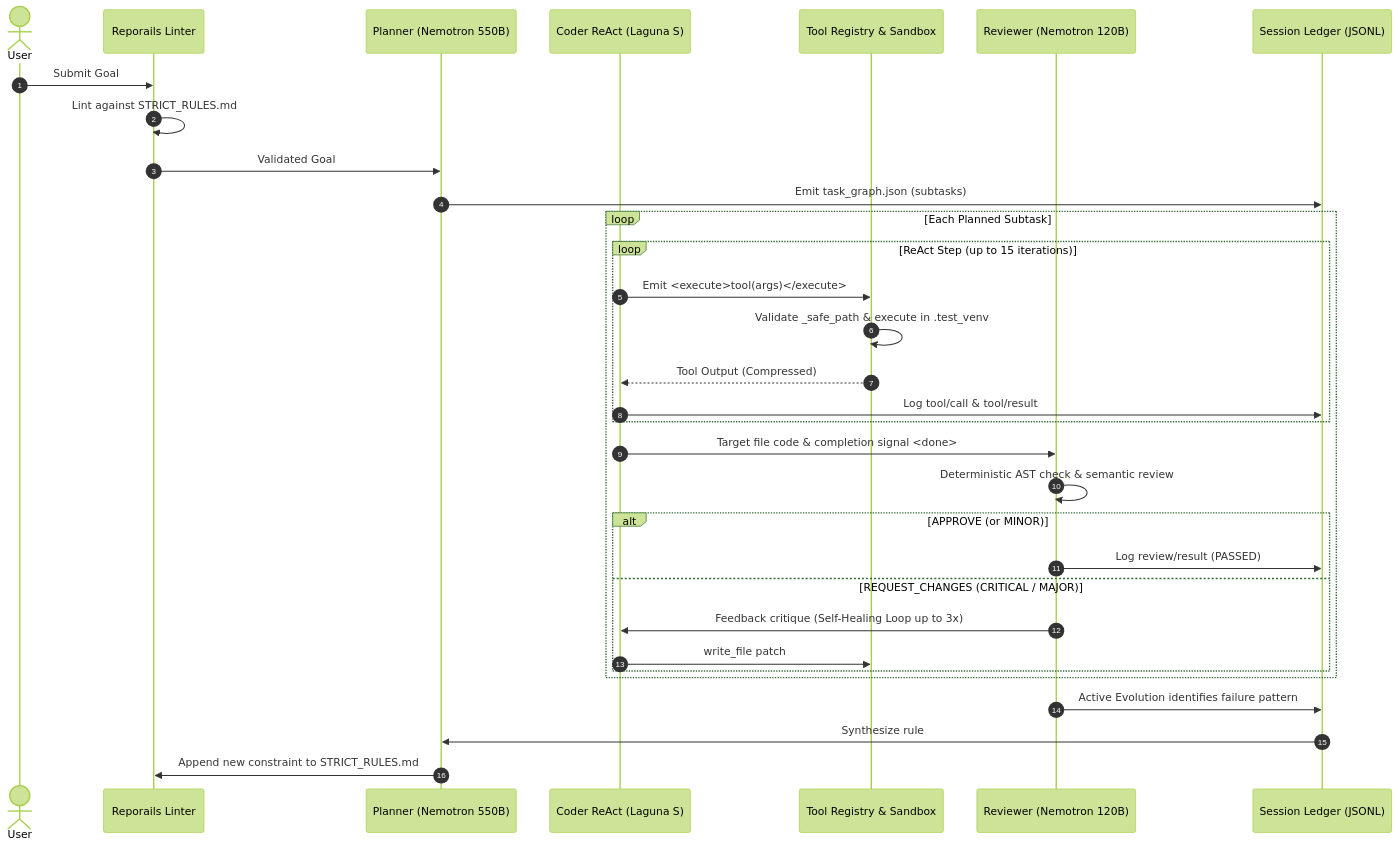
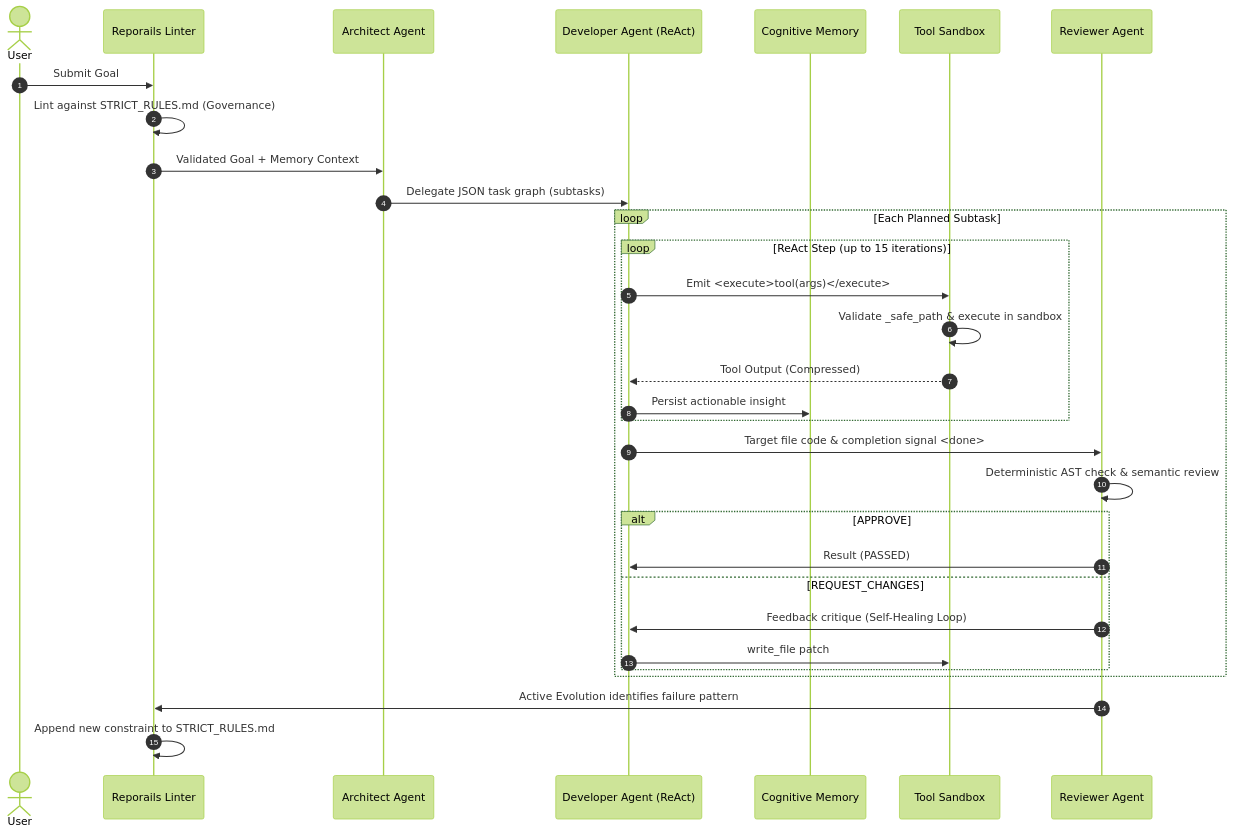
Before and after one commit to adarrshpaul/skillopt-engine: the diagram in README.md, drawn with Mermaid (forest theme). The commit also changed other lines of this file and 13 other files, not shown here.

Commit message:
feat: enhance multi-agent orchestrator with 5-tier cascade, Code Agent execution (run_python), Cognitive Memory, and CrewAI YAML config

````diff
--- a/README.md
+++ b/README.md
@@ -65,35 +93,34 @@
 ```mermaid
 sequenceDiagram
     autonumber
     actor User
     participant Gov as Reporails Linter
-    participant Planner as Planner (Nemotron 550B)
-    participant Coder as Coder ReAct (Laguna S)
-    participant Tools as Tool Registry & Sandbox
-    participant Reviewer as Reviewer (Nemotron 120B)
-    participant Ledger as Session Ledger (JSONL)
+    participant Planner as Architect Agent
+    participant Coder as Developer Agent (ReAct)
+    participant Memory as Cognitive Memory
+    participant Tools as Tool Sandbox
+    participant Reviewer as Reviewer Agent
 
     User->>Gov: Submit Goal
-    Gov->>Gov: Lint against STRICT_RULES.md
-    Gov->>Planner: Validated Goal
-    Planner->>Ledger: Emit task_graph.json (subtasks)
+    Gov->>Gov: Lint against STRICT_RULES.md (Governance)
+    Gov->>Planner: Validated Goal + Memory Context
+    Planner->>Coder: Delegate JSON task graph (subtasks)
     loop Each Planned Subtask
         loop ReAct Step (up to 15 iterations)
             Coder->>Tools: Emit <execute>tool(args)</execute>
-            Tools->>Tools: Validate _safe_path & execute in .test_venv
+            Tools->>Tools: Validate _safe_path & execute in sandbox
             Tools-->>Coder: Tool Output (Compressed)
-            Coder->>Ledger: Log tool/call & tool/result
+            Coder->>Memory: Persist actionable insight
         end
         Coder->>Reviewer: Target file code & completion signal <done>
         Reviewer->>Reviewer: Deterministic AST check & semantic review
-        alt APPROVE (or MINOR)
-            Reviewer->>Ledger: Log review/result (PASSED)
-        else REQUEST_CHANGES (CRITICAL / MAJOR)
-            Reviewer->>Coder: Feedback critique (Self-Healing Loop up to 3x)
+        alt APPROVE
+            Reviewer->>Coder: Result (PASSED)
+        else REQUEST_CHANGES
+            Reviewer->>Coder: Feedback critique (Self-Healing Loop)
             Coder->>Tools: write_file patch
         end
     end
-    Reviewer->>Ledger: Active Evolution identifies failure pattern
-    Ledger->>Planner: Synthesize rule
-    Planner->>Gov: Append new constraint to STRICT_RULES.md
+    Reviewer->>Gov: Active Evolution identifies failure pattern
+    Gov->>Gov: Append new constraint to STRICT_RULES.md
 ```
````
